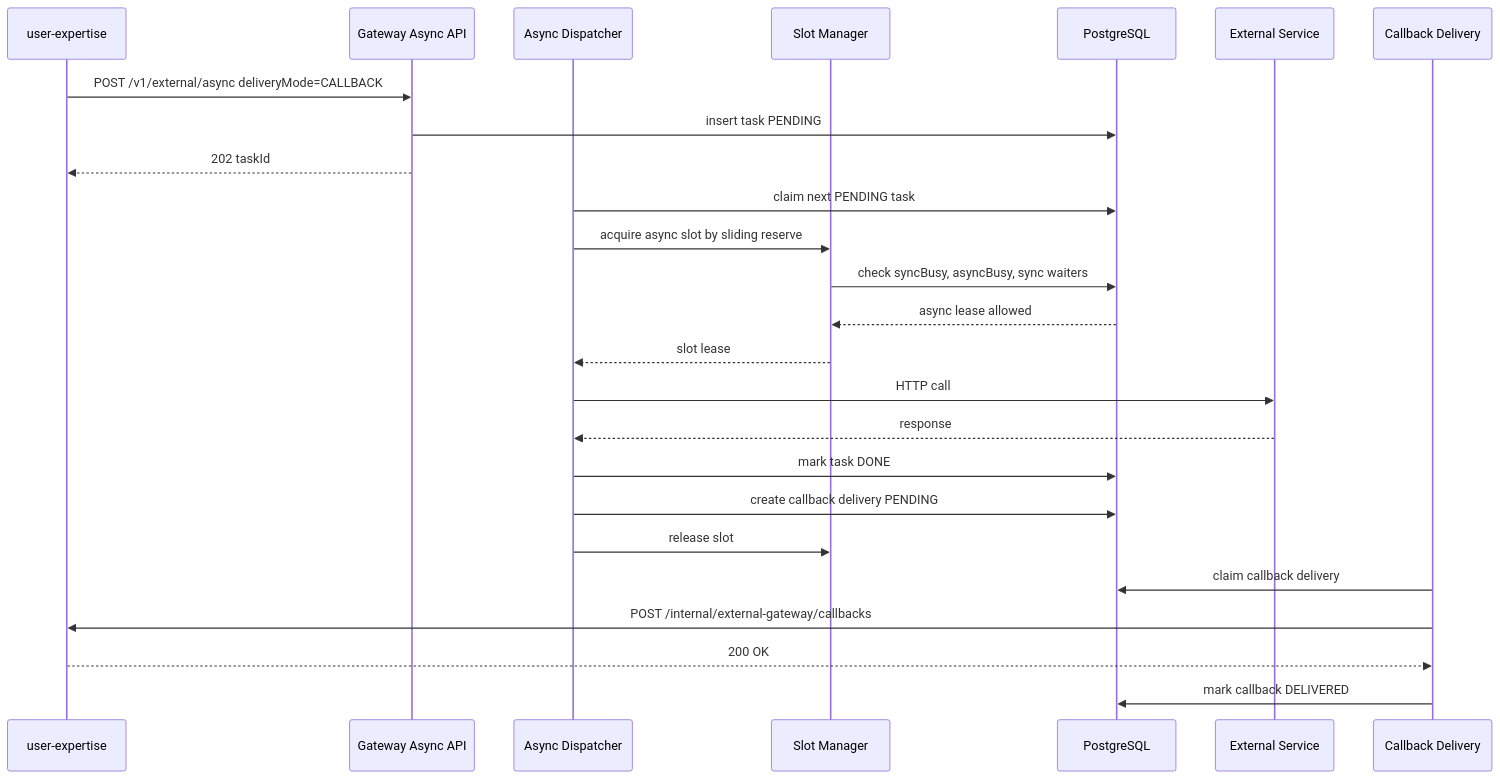
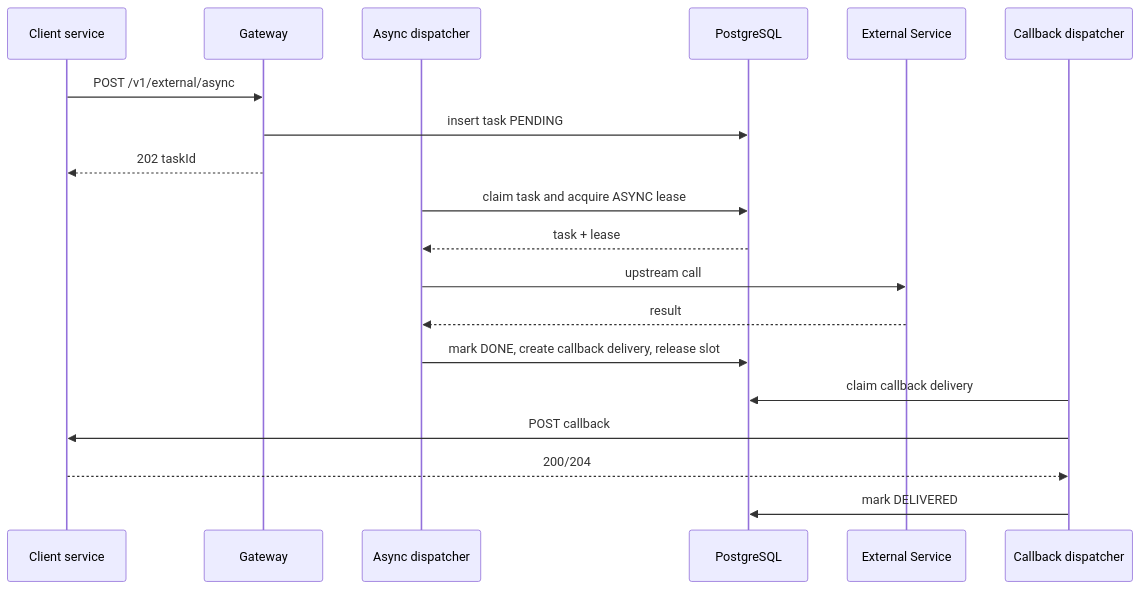
Before and after one commit to DenisVanin4402/TestQwenCli: the eighth of 13 diagrams in docs/external-service-gateway/c4-architecture.md, drawn with Mermaid. The commit also changed other lines of this file and 11 other files, not shown here.

Commit message:
sync\async api (first init) - обновлена документация

````diff
--- a/docs/external-service-gateway/c4-architecture.md
+++ b/docs/external-service-gateway/c4-architecture.md
@@ -166,31 +185,22 @@
 ```mermaid
 sequenceDiagram
-    participant Client as user-expertise
-    participant API as Gateway Async API
-    participant Dispatcher as Async Dispatcher
-    participant Slots as Slot Manager
+    participant Client as Client service
+    participant Gateway as Gateway
+    participant Dispatcher as Async dispatcher
     participant DB as PostgreSQL
     participant Upstream as External Service
-    participant Callback as Callback Delivery
+    participant Callback as Callback dispatcher
 
-    Client->>API: POST /v1/external/async deliveryMode=CALLBACK
-    API->>DB: insert task PENDING
-    API-->>Client: 202 taskId
-
-    Dispatcher->>DB: claim next PENDING task
-    Dispatcher->>Slots: acquire async slot by sliding reserve
-    Slots->>DB: check syncBusy, asyncBusy, sync waiters
-    DB-->>Slots: async lease allowed
-    Slots-->>Dispatcher: slot lease
-
-    Dispatcher->>Upstream: HTTP call
-    Upstream-->>Dispatcher: response
-    Dispatcher->>DB: mark task DONE
-    Dispatcher->>DB: create callback delivery PENDING
-    Dispatcher->>Slots: release slot
-
+    Client->>Gateway: POST /v1/external/async
+    Gateway->>DB: insert task PENDING
+    Gateway-->>Client: 202 taskId
+    Dispatcher->>DB: claim task and acquire ASYNC lease
+    DB-->>Dispatcher: task + lease
+    Dispatcher->>Upstream: upstream call
+    Upstream-->>Dispatcher: result
+    Dispatcher->>DB: mark DONE, create callback delivery, release slot
     Callback->>DB: claim callback delivery
-    Callback->>Client: POST /internal/external-gateway/callbacks
-    Client-->>Callback: 200 OK
-    Callback->>DB: mark callback DELIVERED
+    Callback->>Client: POST callback
+    Client-->>Callback: 200/204
+    Callback->>DB: mark DELIVERED
 ```
````
